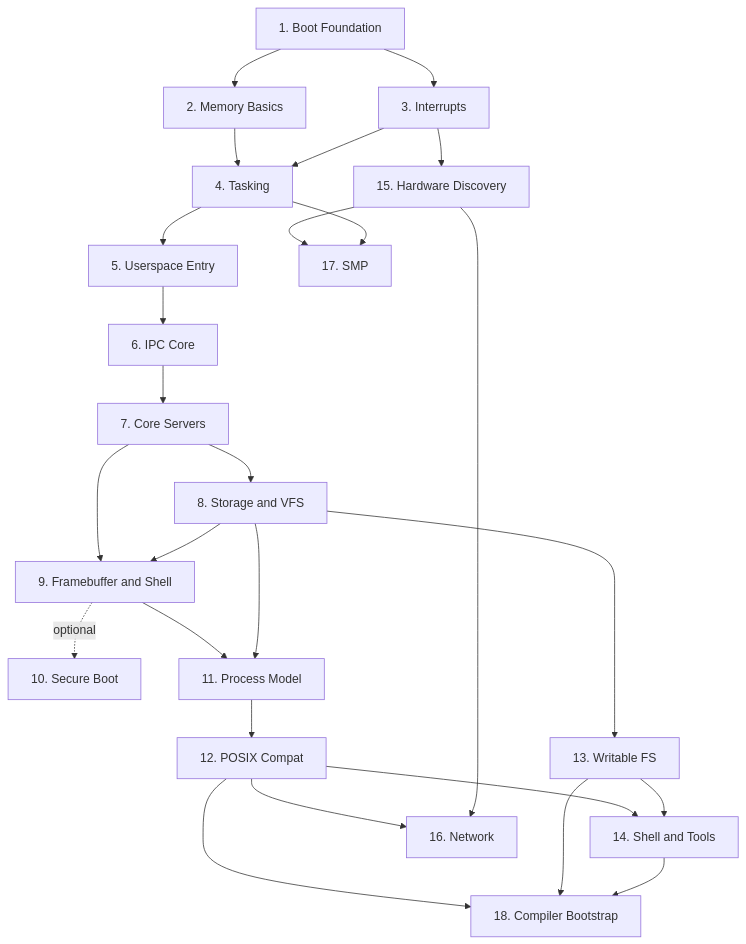
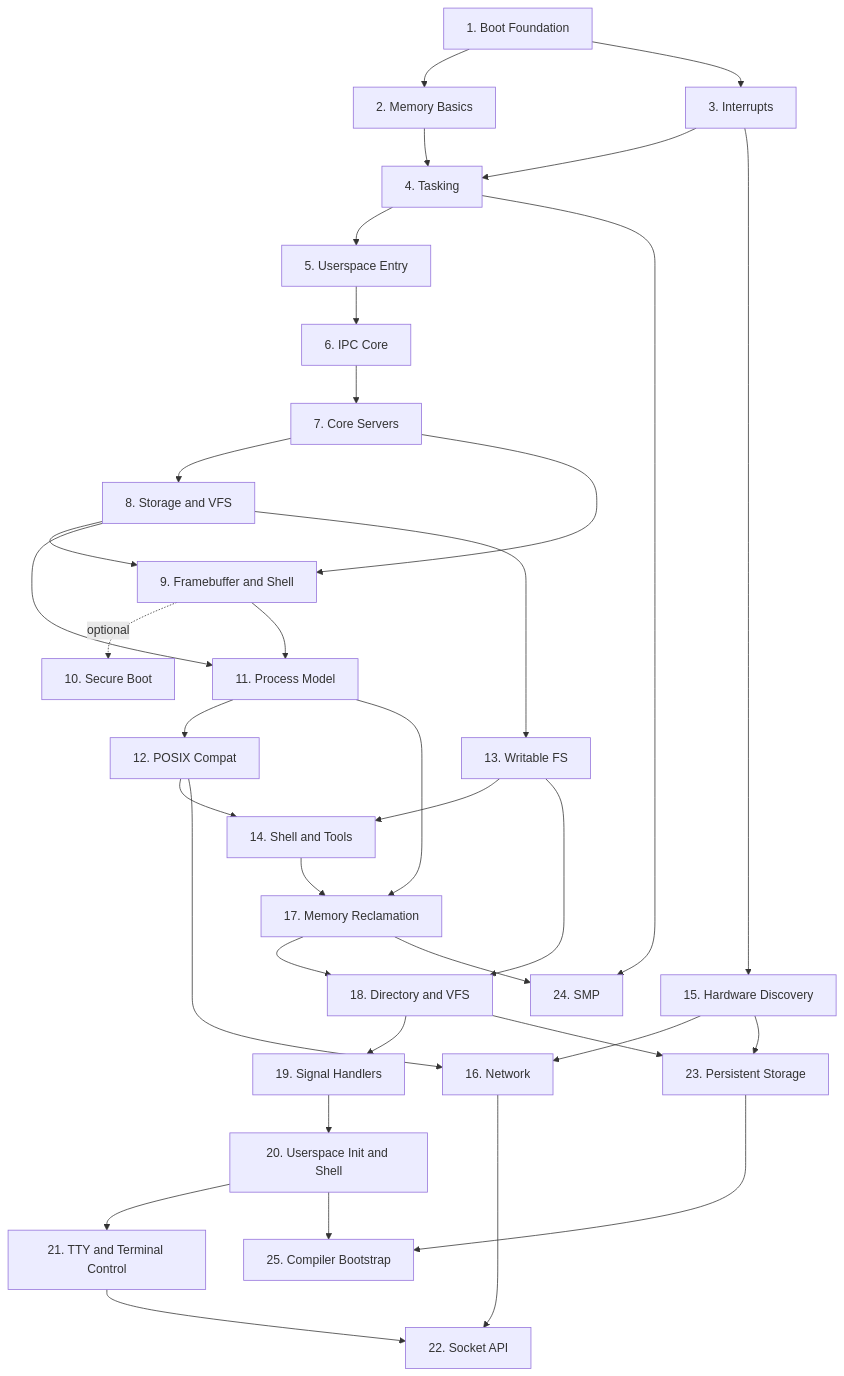
One commit to mikecubed/m3OS changed the diagram in docs/08-roadmap.md. Above: the diagram before and after it, drawn with Mermaid. The commit also changed other lines of this file and 1 other file, not shown here.

First line of the commit message:
Add Phase 17 task list and update roadmap summary

````diff
--- a/docs/08-roadmap.md
+++ b/docs/08-roadmap.md
@@ -11,38 +11,48 @@
 ```mermaid
 flowchart TD
     P1["1. Boot Foundation"]
     P2["2. Memory Basics"]
     P3["3. Interrupts"]
     P4["4. Tasking"]
     P5["5. Userspace Entry"]
     P6["6. IPC Core"]
     P7["7. Core Servers"]
     P8["8. Storage and VFS"]
     P9["9. Framebuffer and Shell"]
 
     P1 --> P2
     P1 --> P3
     P2 --> P4
     P3 --> P4
     P4 --> P5
     P5 --> P6
     P6 --> P7
     P7 --> P8
     P7 --> P9
     P8 --> P9
     P9 -.->|optional| P10["10. Secure Boot"]
     P9 --> P11["11. Process Model"]
     P8 --> P11
     P11 --> P12["12. POSIX Compat"]
     P8 --> P13["13. Writable FS"]
     P12 --> P14["14. Shell and Tools"]
     P13 --> P14
     P3 --> P15["15. Hardware Discovery"]
     P12 --> P16["16. Network"]
     P15 --> P16
-    P15 --> P17["17. SMP"]
-    P4 --> P17
-    P12 --> P18["18. Compiler Bootstrap"]
+    P14 --> P17["17. Memory Reclamation"]
+    P11 --> P17
+    P17 --> P18["18. Directory and VFS"]
     P13 --> P18
-    P14 --> P18
+    P18 --> P19["19. Signal Handlers"]
+    P19 --> P20["20. Userspace Init and Shell"]
+    P20 --> P21["21. TTY and Terminal Control"]
+    P16 --> P22["22. Socket API"]
+    P21 --> P22
+    P18 --> P23["23. Persistent Storage"]
+    P15 --> P23
+    P17 --> P24["24. SMP"]
+    P4 --> P24
+    P20 --> P25["25. Compiler Bootstrap"]
+    P23 --> P25
 ```
````
